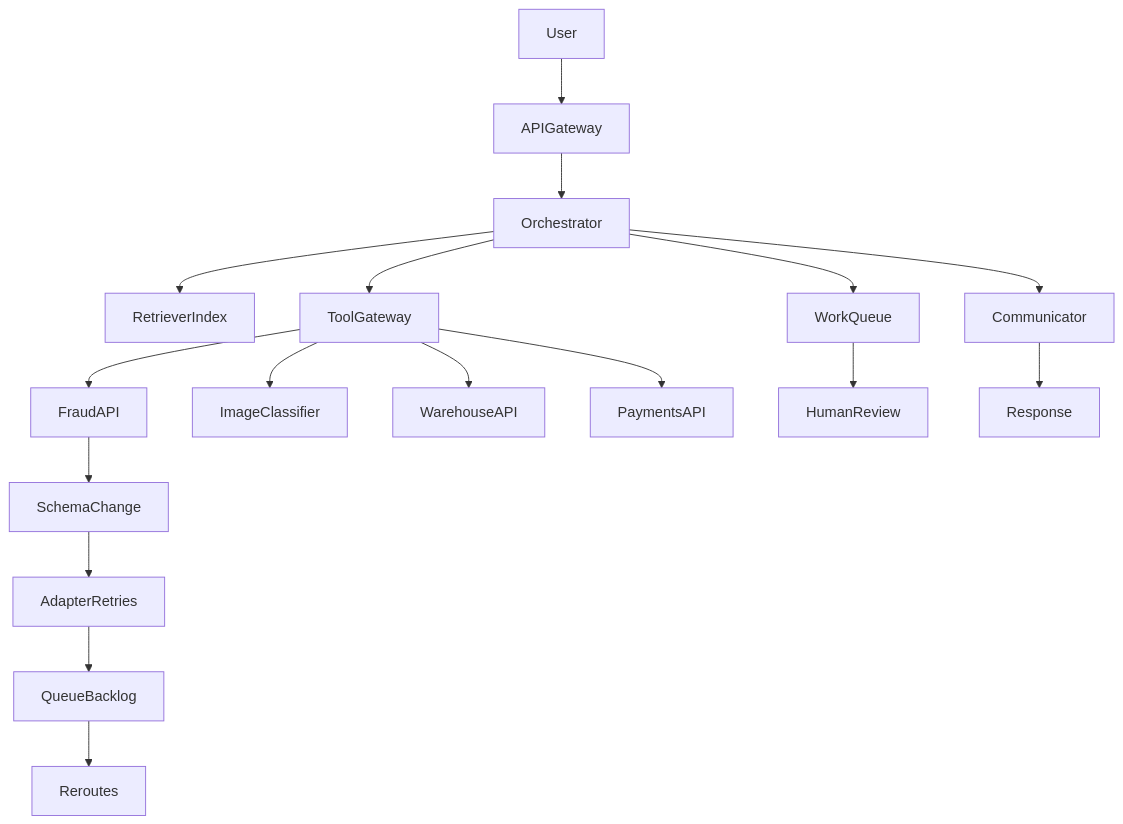
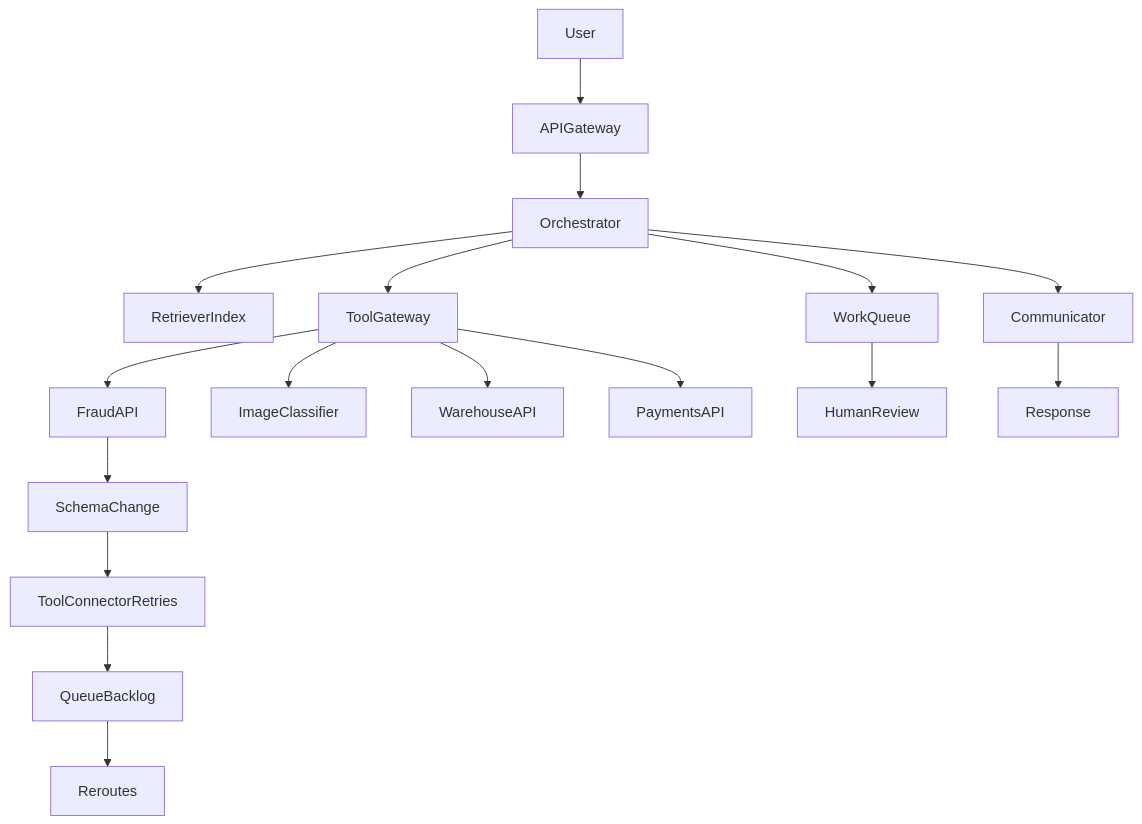
Before and after one commit to dbczumar/ops: the second of 2 diagrams in part3/hidden-technical-debt.qmd, drawn with Mermaid. The commit also changed other lines of this file, not shown here.

````diff
--- a/part3/hidden-technical-debt.qmd
+++ b/part3/hidden-technical-debt.qmd
@@ -160,23 +160,23 @@
 ```{mermaid}
 flowchart TD
      %% Infrastructure complexity — "returns agent" after
     User --> APIGateway
     APIGateway --> Orchestrator
     Orchestrator --> RetrieverIndex
     Orchestrator --> ToolGateway
     ToolGateway --> FraudAPI
     ToolGateway --> ImageClassifier
     ToolGateway --> WarehouseAPI
     ToolGateway --> PaymentsAPI
     Orchestrator --> WorkQueue
     WorkQueue --> HumanReview
     Orchestrator --> Communicator
     Communicator --> Response
 
     %% Failure chain from a tiny upstream change
     FraudAPI --> SchemaChange
-    SchemaChange --> AdapterRetries
-    AdapterRetries --> QueueBacklog
+    SchemaChange --> ToolConnectorRetries
+    ToolConnectorRetries --> QueueBacklog
     QueueBacklog --> Reroutes
 
 ```
````
